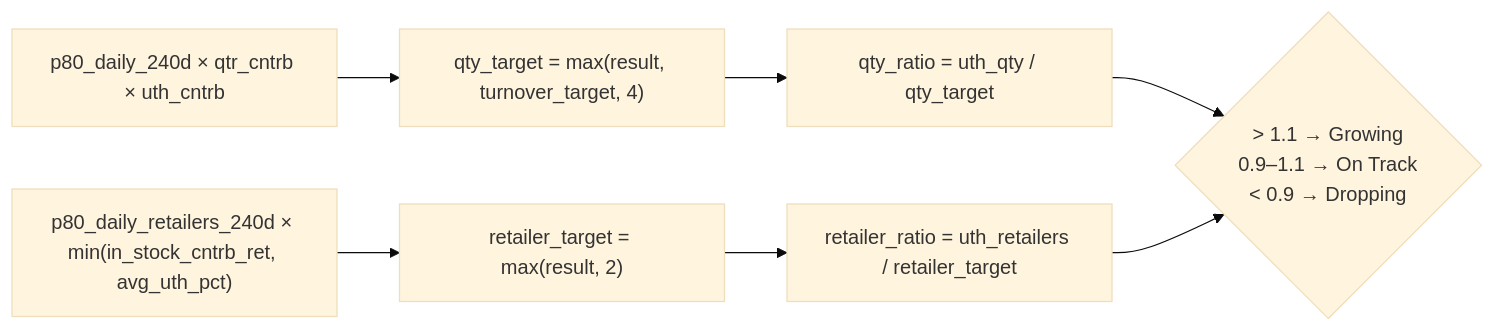
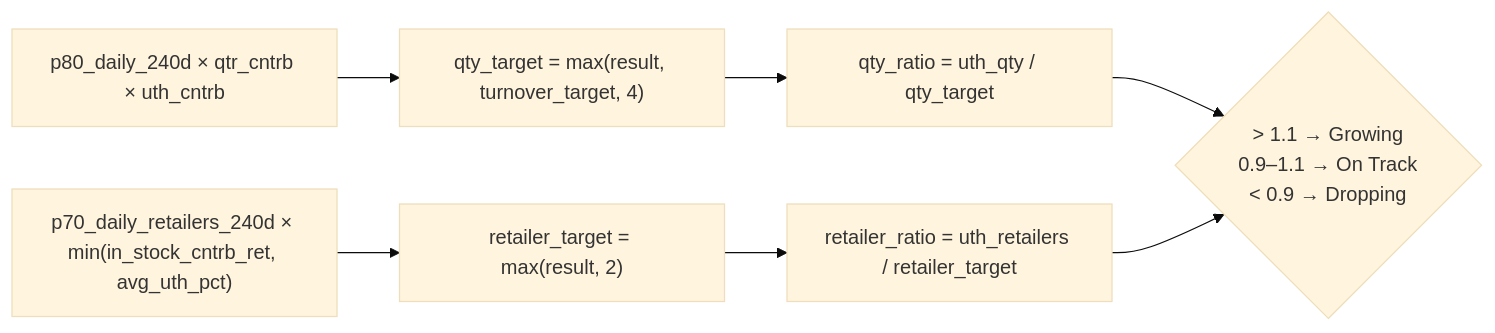
One commit to Maxab-Growth/Mustafa changed the second of 2 diagrams in docs/module_3_periodic_actions.md. Above: the diagram before and after it, drawn with Mermaid (base theme). The commit also changed other lines of this file and 4 other files, not shown here.

````diff
--- a/docs/module_3_periodic_actions.md
+++ b/docs/module_3_periodic_actions.md
@@ -99,11 +99,11 @@
 ```mermaid
 flowchart LR
     A["p80_daily_240d × qtr_cntrb × uth_cntrb"] --> B["qty_target = max(result, turnover_target, 4)"]
-    C["p80_daily_retailers_240d × min(in_stock_cntrb_ret, avg_uth_pct)"] --> D["retailer_target = max(result, 2)"]
+    C["p70_daily_retailers_240d × min(in_stock_cntrb_ret, avg_uth_pct)"] --> D["retailer_target = max(result, 2)"]
 
     B --> E["qty_ratio = uth_qty / qty_target"]
     D --> F["retailer_ratio = uth_retailers / retailer_target"]
 
     E --> G{"> 1.1 → Growing\n0.9–1.1 → On Track\n< 0.9 → Dropping"}
     F --> G
 ```
````
